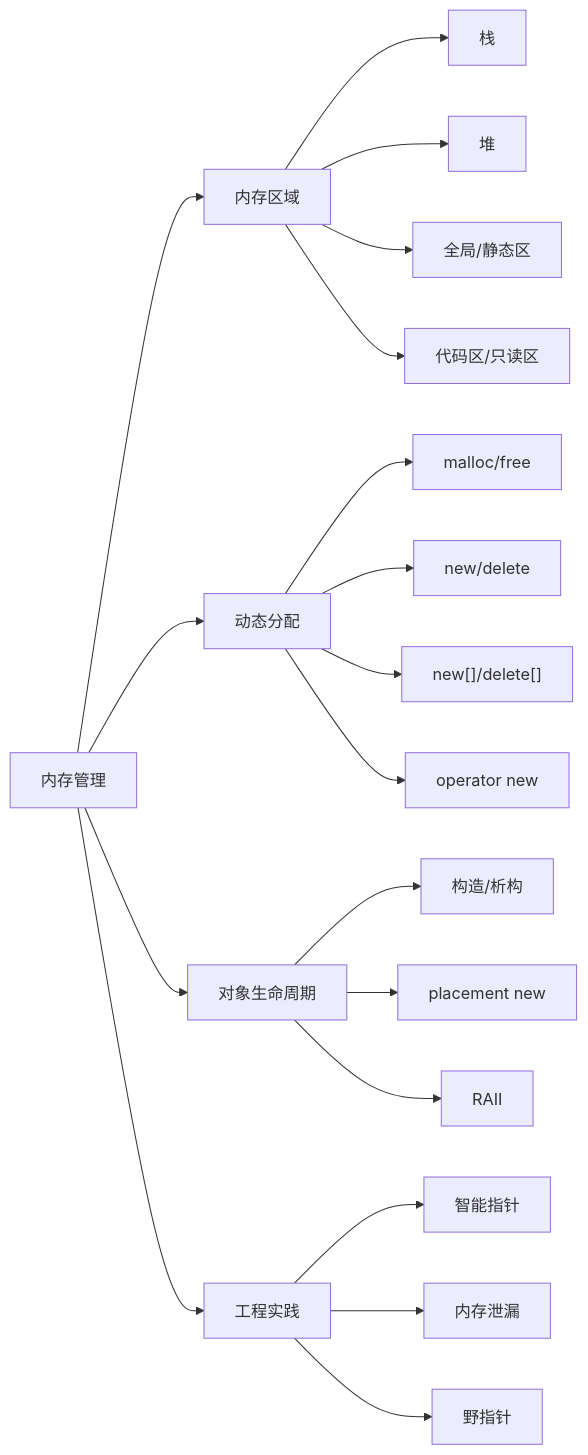
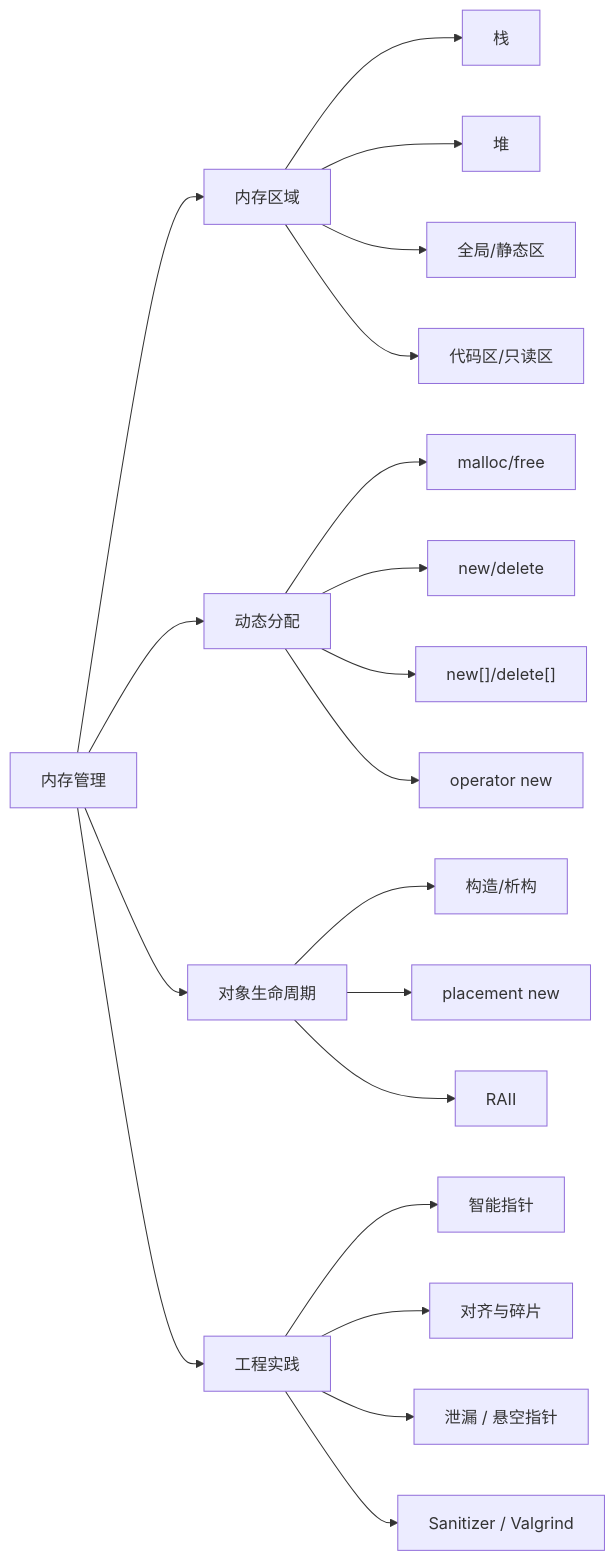
One commit to Elio265/Knowledge-Base changed the diagram in obsidian-cpp-kb/01-C++/Memory/内存管理.md. Above: the diagram before and after it, drawn with Mermaid. The commit also changed other lines of this file and 29 other files, not shown here.

````diff
--- a/obsidian-cpp-kb/01-C++/Memory/内存管理.md
+++ b/obsidian-cpp-kb/01-C++/Memory/内存管理.md
@@ -16,25 +16,26 @@
 ```mermaid
 flowchart LR
   A["内存管理"] --> B["内存区域"]
   A --> C["动态分配"]
   A --> D["对象生命周期"]
   A --> E["工程实践"]
 
   B --> B1["栈"]
   B --> B2["堆"]
   B --> B3["全局/静态区"]
   B --> B4["代码区/只读区"]
 
   C --> C1["malloc/free"]
   C --> C2["new/delete"]
   C --> C3["new[]/delete[]"]
   C --> C4["operator new"]
 
   D --> D1["构造/析构"]
   D --> D2["placement new"]
   D --> D3["RAII"]
 
   E --> E1["智能指针"]
-  E --> E2["内存泄漏"]
-  E --> E3["野指针"]
+  E --> E2["对齐与碎片"]
+  E --> E3["泄漏 / 悬空指针"]
+  E --> E4["Sanitizer / Valgrind"]
 ```
````
